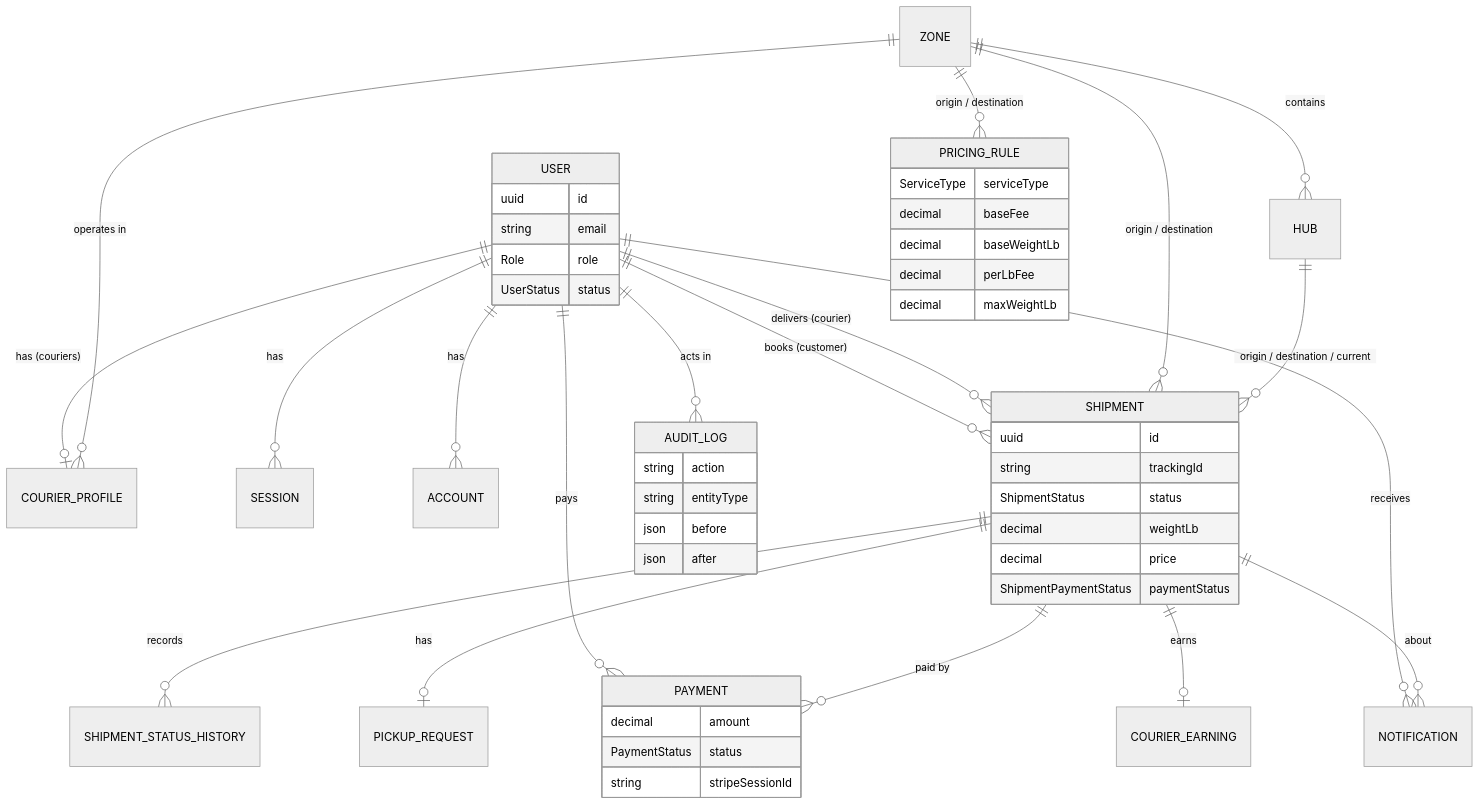
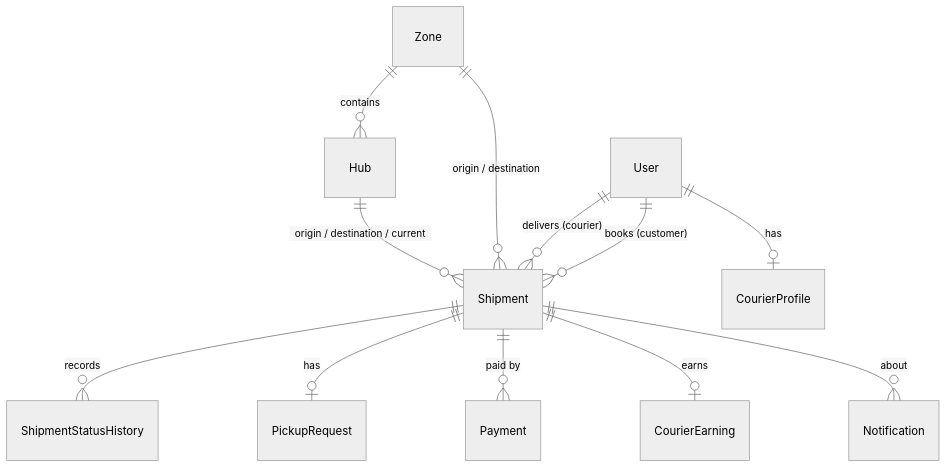
One commit to Zarif207/Carrivo changed the second of 5 diagrams in docs/backend/README.md. Above: the diagram before and after it, drawn with Mermaid (neutral theme). The commit also changed other lines of this file and 19 other files, not shown here.

````diff
--- a/docs/backend/README.md
+++ b/docs/backend/README.md
@@ -165,27 +284,14 @@
 ```mermaid
 erDiagram
-  USER ||--o| COURIER_PROFILE : "has (couriers)"
-  USER ||--o{ SESSION : has
-  USER ||--o{ ACCOUNT : has
-  USER ||--o{ SHIPMENT : "books (customer)"
-  USER ||--o{ SHIPMENT : "delivers (courier)"
-  USER ||--o{ PAYMENT : pays
-  USER ||--o{ NOTIFICATION : receives
-  USER ||--o{ AUDIT_LOG : "acts in"
-  ZONE ||--o{ HUB : contains
-  ZONE ||--o{ PRICING_RULE : "origin / destination"
-  ZONE ||--o{ SHIPMENT : "origin / destination"
-  ZONE ||--o{ COURIER_PROFILE : "operates in"
-  HUB ||--o{ SHIPMENT : "origin / destination / current"
-  SHIPMENT ||--o{ SHIPMENT_STATUS_HISTORY : records
-  SHIPMENT ||--o| PICKUP_REQUEST : has
-  SHIPMENT ||--o{ PAYMENT : "paid by"
-  SHIPMENT ||--o| COURIER_EARNING : earns
-  SHIPMENT ||--o{ NOTIFICATION : about
-
-  USER { uuid id string email Role role UserStatus status }
-  SHIPMENT { uuid id string trackingId ShipmentStatus status decimal weightLb decimal price ShipmentPaymentStatus paymentStatus }
-  PRICING_RULE { ServiceType serviceType decimal baseFee decimal baseWeightLb decimal perLbFee decimal maxWeightLb }
-  PAYMENT { decimal amount PaymentStatus status string stripeSessionId }
-  AUDIT_LOG { string action string entityType json before json after }
+    User ||--o{ Shipment : "books (customer)"
+    User ||--o{ Shipment : "delivers (courier)"
+    User ||--o| CourierProfile : has
+    Zone ||--o{ Hub : contains
+    Zone ||--o{ Shipment : "origin / destination"
+    Hub ||--o{ Shipment : "origin / destination / current"
+    Shipment ||--o{ ShipmentStatusHistory : records
+    Shipment ||--o| PickupRequest : has
+    Shipment ||--o{ Payment : "paid by"
+    Shipment ||--o| CourierEarning : earns
+    Shipment ||--o{ Notification : about
 ```
````
